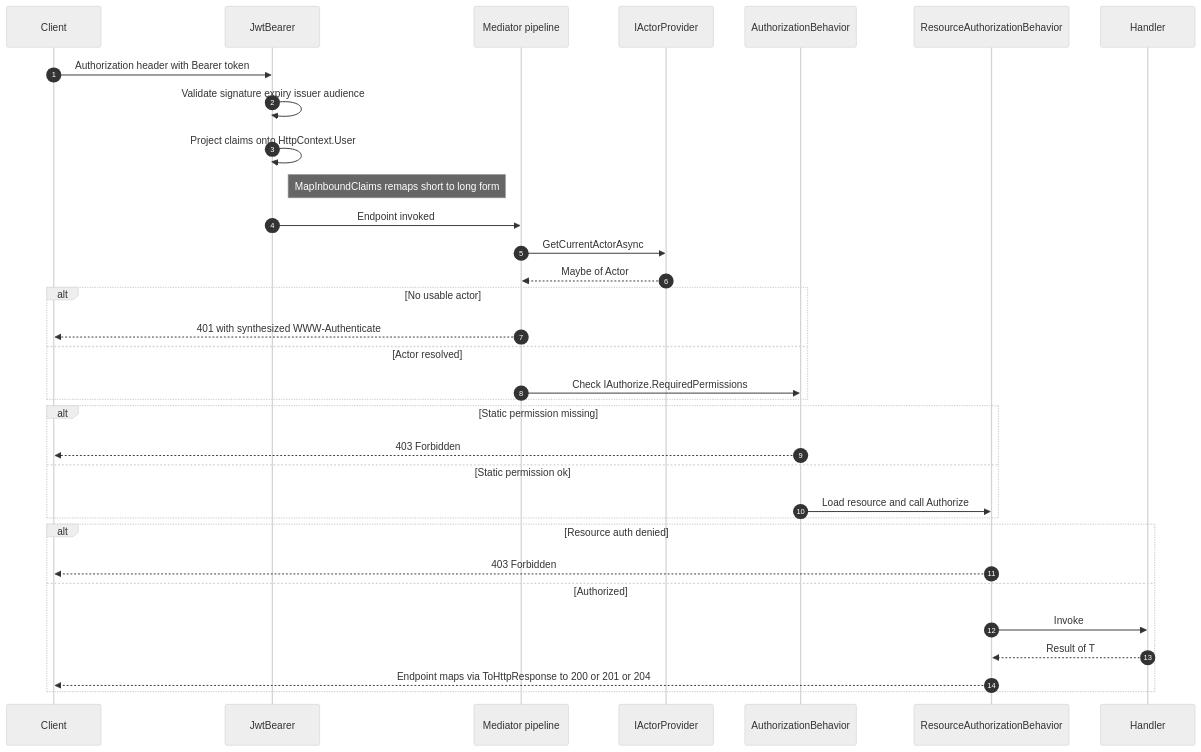
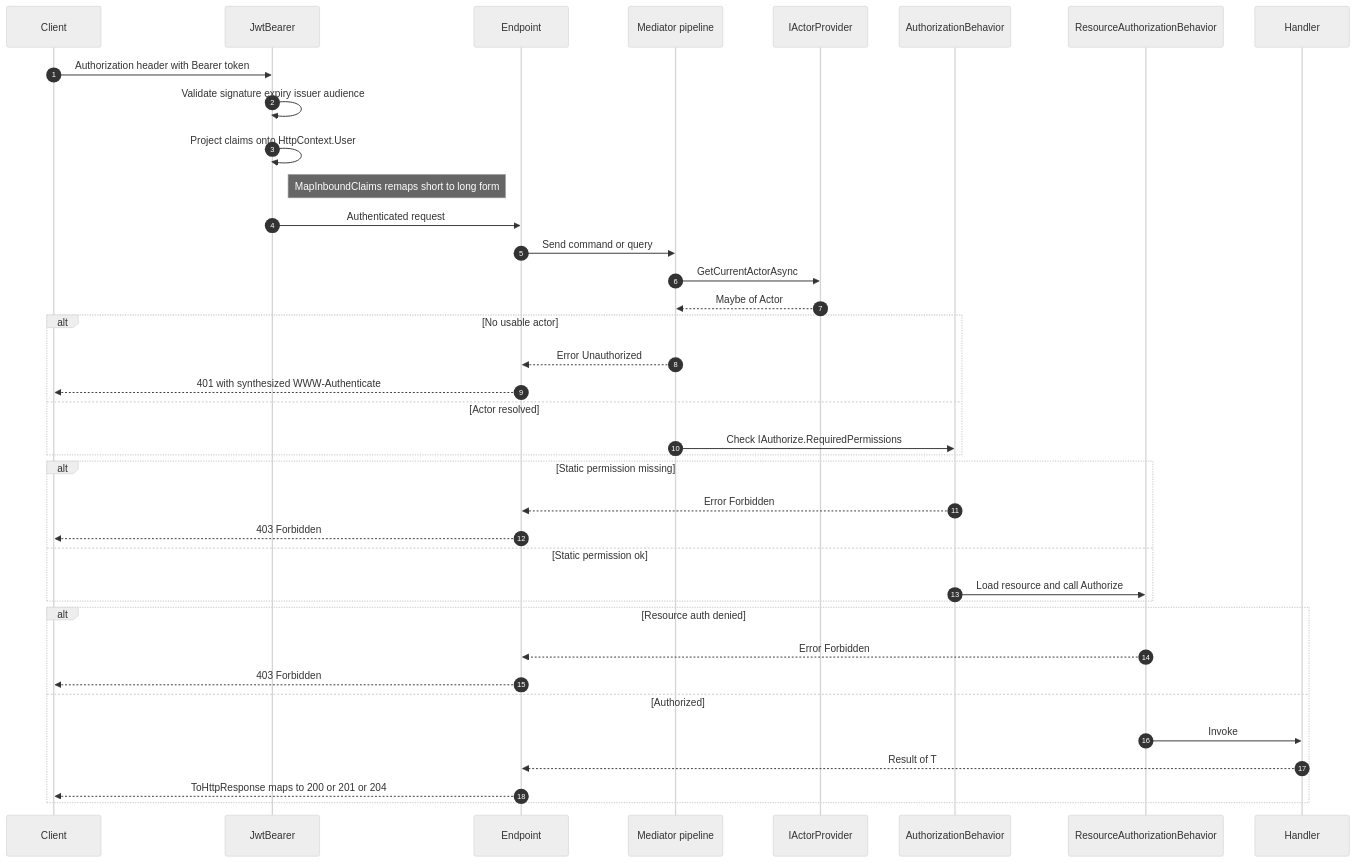
One commit to xavierjohn/FunctionalDDD changed the first of 7 diagrams in docs/docfx_project/articles/integration-asp-authorization.md. Above: the diagram before and after it, drawn with Mermaid (neutral theme). The commit also changed other lines of this file and 2 other files, not shown here.

````diff
--- a/docs/docfx_project/articles/integration-asp-authorization.md
+++ b/docs/docfx_project/articles/integration-asp-authorization.md
@@ -19,39 +19,44 @@
 ```mermaid
 sequenceDiagram
     autonumber
     participant Client
     participant JwtBearer
+    participant Endpoint
     participant Pipeline as Mediator pipeline
     participant Provider as IActorProvider
     participant Auth as AuthorizationBehavior
     participant ResAuth as ResourceAuthorizationBehavior
     participant Handler
 
     Client->>JwtBearer: Authorization header with Bearer token
     JwtBearer->>JwtBearer: Validate signature expiry issuer audience
     JwtBearer->>JwtBearer: Project claims onto HttpContext.User
     Note right of JwtBearer: MapInboundClaims remaps short to long form
-    JwtBearer->>Pipeline: Endpoint invoked
+    JwtBearer->>Endpoint: Authenticated request
+    Endpoint->>Pipeline: Send command or query
     Pipeline->>Provider: GetCurrentActorAsync
     Provider-->>Pipeline: Maybe of Actor
 
     alt No usable actor
-        Pipeline-->>Client: 401 with synthesized WWW-Authenticate
+        Pipeline-->>Endpoint: Error Unauthorized
+        Endpoint-->>Client: 401 with synthesized WWW-Authenticate
     else Actor resolved
         Pipeline->>Auth: Check IAuthorize.RequiredPermissions
     end
 
     alt Static permission missing
-        Auth-->>Client: 403 Forbidden
+        Auth-->>Endpoint: Error Forbidden
+        Endpoint-->>Client: 403 Forbidden
     else Static permission ok
         Auth->>ResAuth: Load resource and call Authorize
     end
 
     alt Resource auth denied
-        ResAuth-->>Client: 403 Forbidden
+        ResAuth-->>Endpoint: Error Forbidden
+        Endpoint-->>Client: 403 Forbidden
     else Authorized
         ResAuth->>Handler: Invoke
-        Handler-->>ResAuth: Result of T
-        ResAuth-->>Client: Endpoint maps via ToHttpResponse to 200 or 201 or 204
+        Handler-->>Endpoint: Result of T
+        Endpoint-->>Client: ToHttpResponse maps to 200 or 201 or 204
     end
 ```
````
